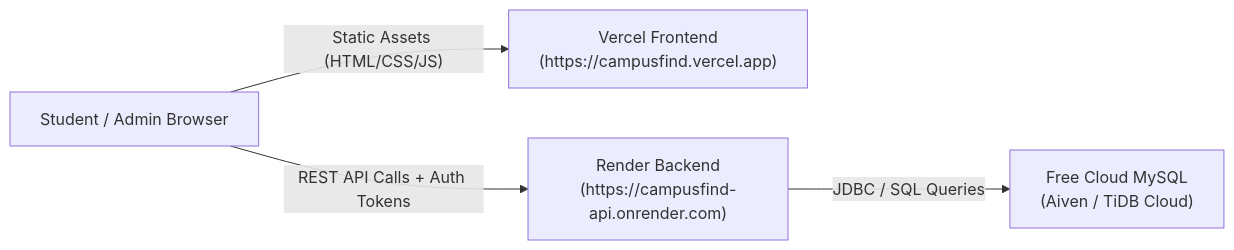
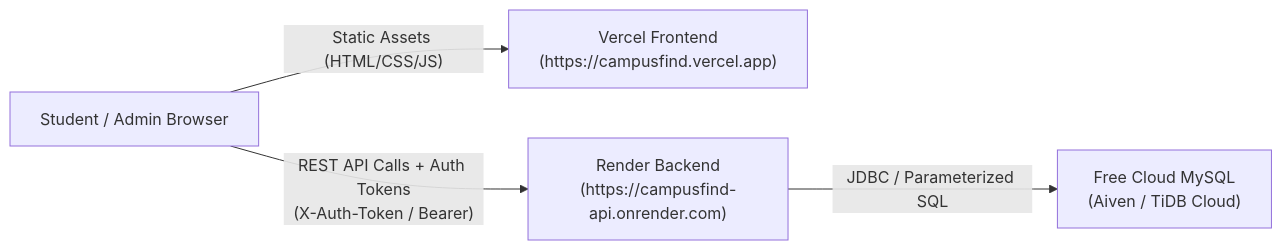
Before and after one commit to sanketbirpan09-spec/CAMPUSFINDCAMPUSFIND: the diagram in DEPLOYMENT.md, drawn with Mermaid. The commit also changed other lines of this file and 36 other files, not shown here.

````diff
--- a/DEPLOYMENT.md
+++ b/DEPLOYMENT.md
@@ -12,6 +12,6 @@
 ```mermaid
 flowchart LR
     Browser["Student / Admin Browser"] -->|"Static Assets (HTML/CSS/JS)"| Vercel["Vercel Frontend\n(https://campusfind.vercel.app)"]
-    Browser -->|"REST API Calls + Auth Tokens"| Render["Render Backend\n(https://campusfind-api.onrender.com)"]
-    Render -->|"JDBC / SQL Queries"| CloudMySQL["Free Cloud MySQL\n(Aiven / TiDB Cloud)"]
+    Browser -->|"REST API Calls + Auth Tokens\n(X-Auth-Token / Bearer)"| Render["Render Backend\n(https://campusfind-api.onrender.com)"]
+    Render -->|"JDBC / Parameterized SQL"| CloudMySQL["Free Cloud MySQL\n(Aiven / TiDB Cloud)"]
 ```
````
